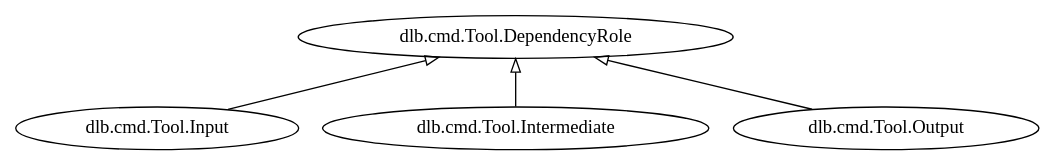
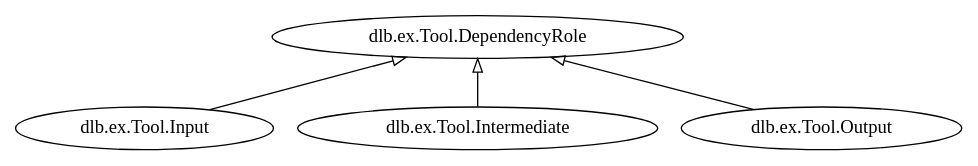
One commit to dlu-ch/dlb changed the first of 2 diagrams in doc/cmd_tool.rst. Above: the diagram before and after it, drawn with Graphviz. The commit also changed other lines of this file and 14 other files, not shown here.

Commit message:
Rename module dlb.cmd to dlb.ex

```diff
--- a/doc/cmd_tool.rst
+++ b/doc/cmd_tool.rst
@@ -77,11 +77,11 @@
 .. graphviz::
 
    digraph foo {
        graph [rankdir=BT];
        node [height=0.25];
        edge [arrowhead=empty];
 
-       "dlb.cmd.Tool.Input" -> "dlb.cmd.Tool.DependencyRole";
-       "dlb.cmd.Tool.Intermediate" -> "dlb.cmd.Tool.DependencyRole";
-       "dlb.cmd.Tool.Output" -> "dlb.cmd.Tool.DependencyRole";
+       "dlb.ex.Tool.Input" -> "dlb.ex.Tool.DependencyRole";
+       "dlb.ex.Tool.Intermediate" -> "dlb.ex.Tool.DependencyRole";
+       "dlb.ex.Tool.Output" -> "dlb.ex.Tool.DependencyRole";
    }
```
